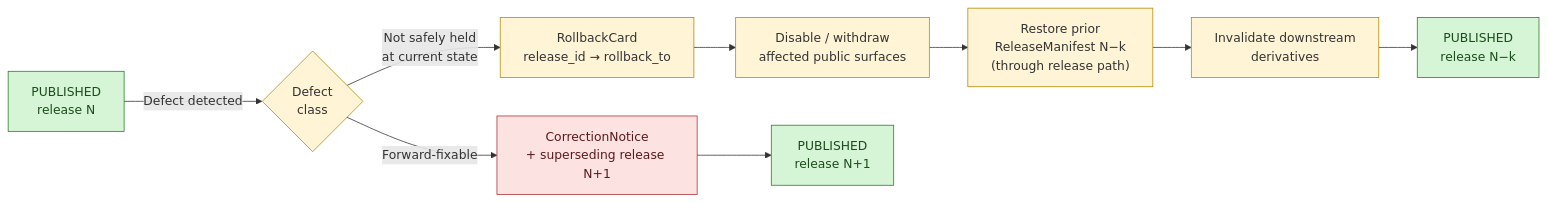
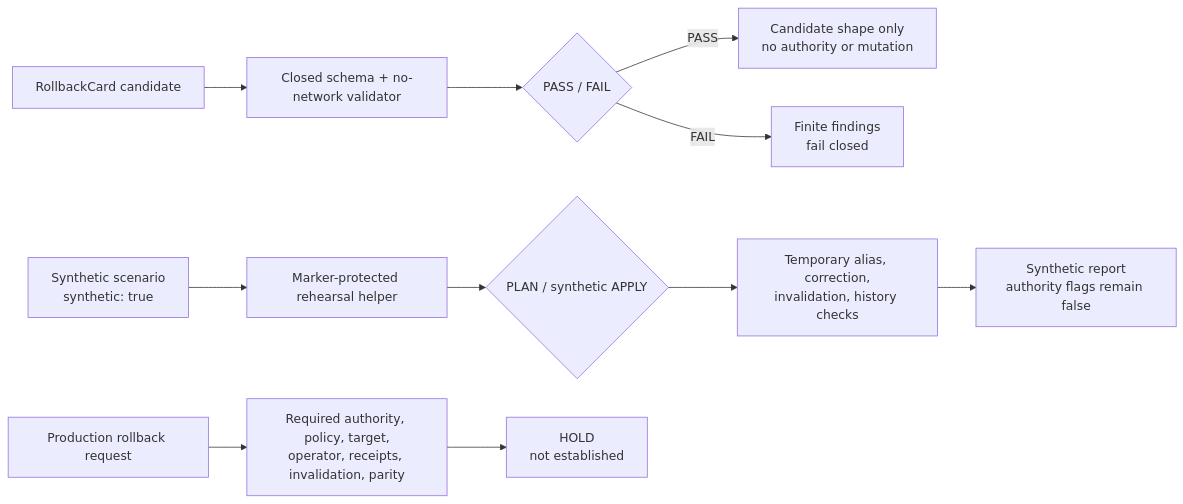
The diagram in docs/architecture/publication/ROLLBACK.md (bartytime4life/Kansas-Frontier-Matrix), drawn with Mermaid before and after one commit. The commit also changed other lines of this file, not shown here.

Commit message:
docs(publication): ground rollback discipline

````diff
--- a/docs/architecture/publication/ROLLBACK.md
+++ b/docs/architecture/publication/ROLLBACK.md
@@ -136,18 +314,15 @@
 ```mermaid
 flowchart LR
-    A["PUBLISHED<br/>release N"] -->|Defect detected| B{Defect<br/>class}
-    B -->|Forward-fixable| C["CorrectionNotice<br/>+ superseding release N+1"]
-    B -->|Not safely held<br/>at current state| D["RollbackCard<br/>release_id → rollback_to"]
-    D --> E["Disable / withdraw<br/>affected public surfaces"]
-    E --> F["Restore prior<br/>ReleaseManifest N−k<br/>(through release path)"]
-    F --> G["Invalidate downstream<br/>derivatives"]
-    G --> H["PUBLISHED<br/>release N−k"]
-    C --> H2["PUBLISHED<br/>release N+1"]
+    A["RollbackCard candidate"] --> B["Closed schema + no-network validator"]
+    B --> C{"PASS / FAIL"}
+    C -->|"PASS"| D["Candidate shape only<br/>no authority or mutation"]
+    C -->|"FAIL"| E["Finite findings<br/>fail closed"]
 
-    classDef gov fill:#fff4d6,stroke:#b58900,color:#333;
-    classDef pub fill:#d6f5d6,stroke:#2a7a2a,color:#1a4d1a;
-    classDef rec fill:#fde2e2,stroke:#a33,color:#5a1a1a;
-    class A,H,H2 pub
-    class B,D,E,F,G gov
-    class C rec
+    F["Synthetic scenario<br/>synthetic: true"] --> G["Marker-protected rehearsal helper"]
+    G --> H{"PLAN / synthetic APPLY"}
+    H --> I["Temporary alias, correction,<br/>invalidation, history checks"]
+    I --> J["Synthetic report<br/>authority flags remain false"]
+
+    K["Production rollback request"] --> L["Required authority, policy, target,<br/>operator, receipts, invalidation, parity"]
+    L --> M["HOLD<br/>not established"]
 ```
````
